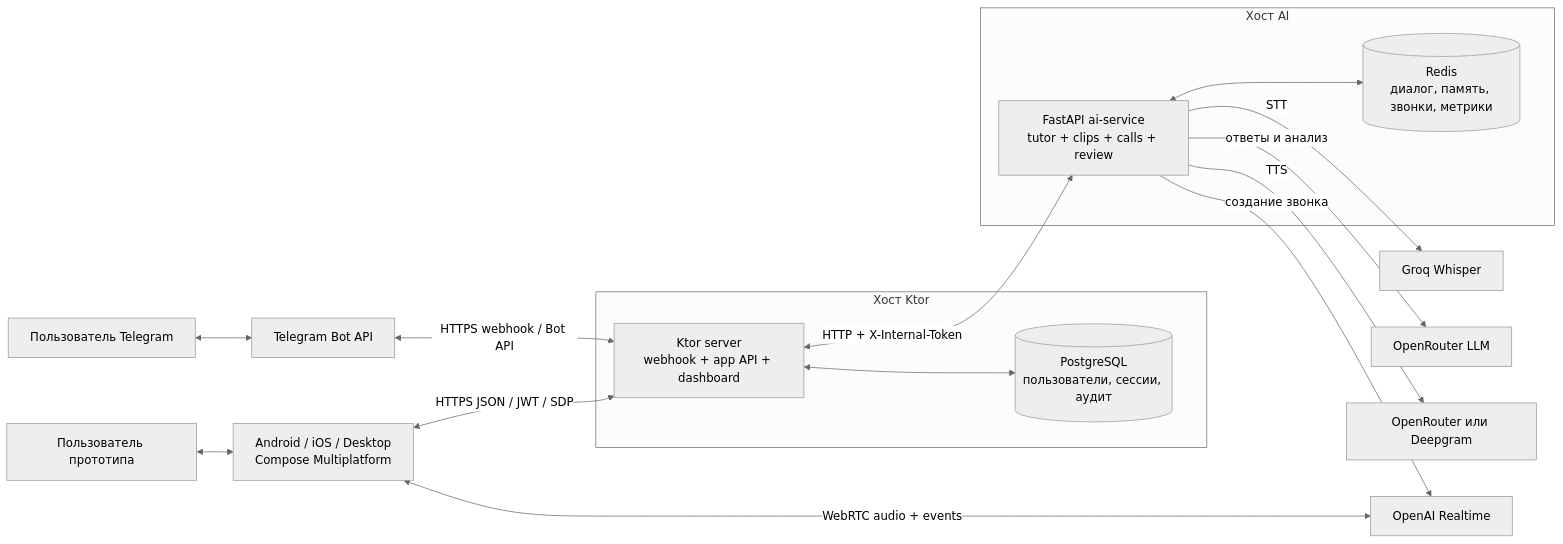
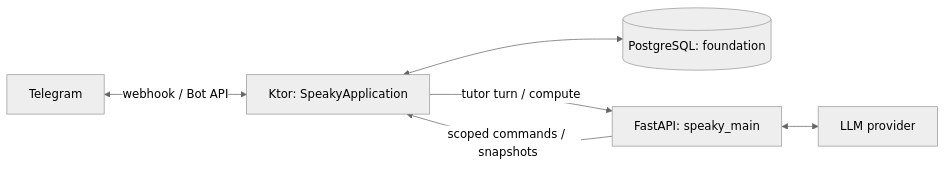
The diagram in architecture.md (greenblat17/1billion-dollar-startup), drawn with Mermaid (neutral theme) before and after one commit. The commit also changed other lines of this file and 133 other files, not shown here.

Commit message:
docs: consolidate SP-00 architecture and project status

````diff
--- a/architecture.md
+++ b/architecture.md
@@ -22,26 +10,8 @@
 ```mermaid
 flowchart LR
-  userT[Пользователь Telegram] <--> tg[Telegram Bot API]
-  userA[Пользователь прототипа] <--> cmp[Android / iOS / Desktop<br/>Compose Multiplatform]
-
-  subgraph KtorHost[Хост Ktor]
-    ktor[Ktor server<br/>webhook + app API + dashboard]
-    pg[(PostgreSQL<br/>пользователи, сессии, аудит)]
-    ktor <--> pg
-  end
-
-  subgraph AIHost[Хост AI]
-    ai[FastAPI ai-service<br/>tutor + clips + calls + review]
-    redis[(Redis<br/>диалог, память, звонки, метрики)]
-    ai <--> redis
-  end
-
-  tg <-->|HTTPS webhook / Bot API| ktor
-  cmp <-->|HTTPS JSON / JWT / SDP| ktor
-  ktor <-->|HTTP + X-Internal-Token| ai
-  ai -->|STT| groq[Groq Whisper]
-  ai -->|ответы и анализ| llm[OpenRouter LLM]
-  ai -->|TTS| tts[OpenRouter или Deepgram]
-  ai -->|создание звонка| openai[OpenAI Realtime]
-  cmp <-->|WebRTC audio + events| openai
+  tg[Telegram] <-->|webhook / Bot API| ktor[Ktor: SpeakyApplication]
+  ktor <--> pg[(PostgreSQL: foundation)]
+  ktor -->|tutor turn / compute| ai[FastAPI: speaky_main]
+  ai -->|scoped commands / snapshots| ktor
+  ai <--> llm[LLM provider]
 ```
````
